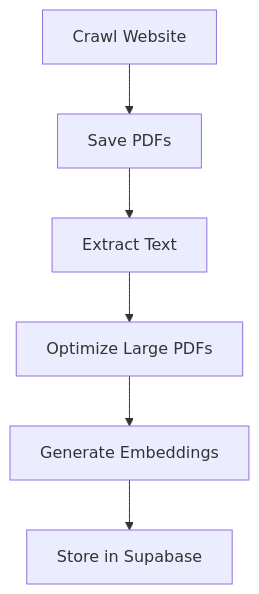
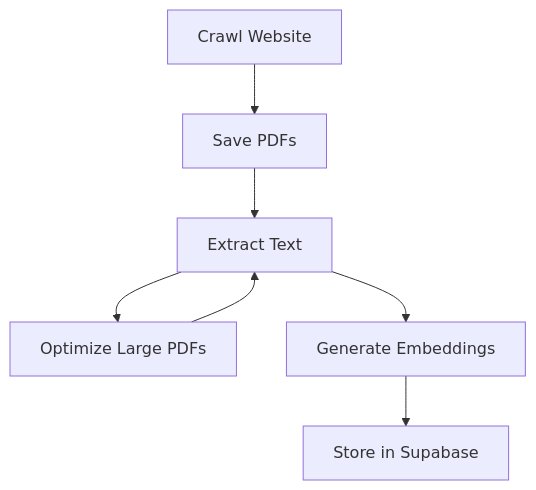
The diagram in README.md (Digitalbiztech/DBT-chatbot), drawn with Mermaid before and after one commit.

````diff
--- a/README.md
+++ b/README.md
@@ -16,8 +16,9 @@
 ```mermaid
 flowchart TD
     A[Crawl Website] --> B[Save PDFs]
     B --> C[Extract Text]
     C --> D[Optimize Large PDFs]
-    D --> E[Generate Embeddings]
+    D --> C
+    C --> E[Generate Embeddings]
     E --> F[Store in Supabase]
 ```
````
